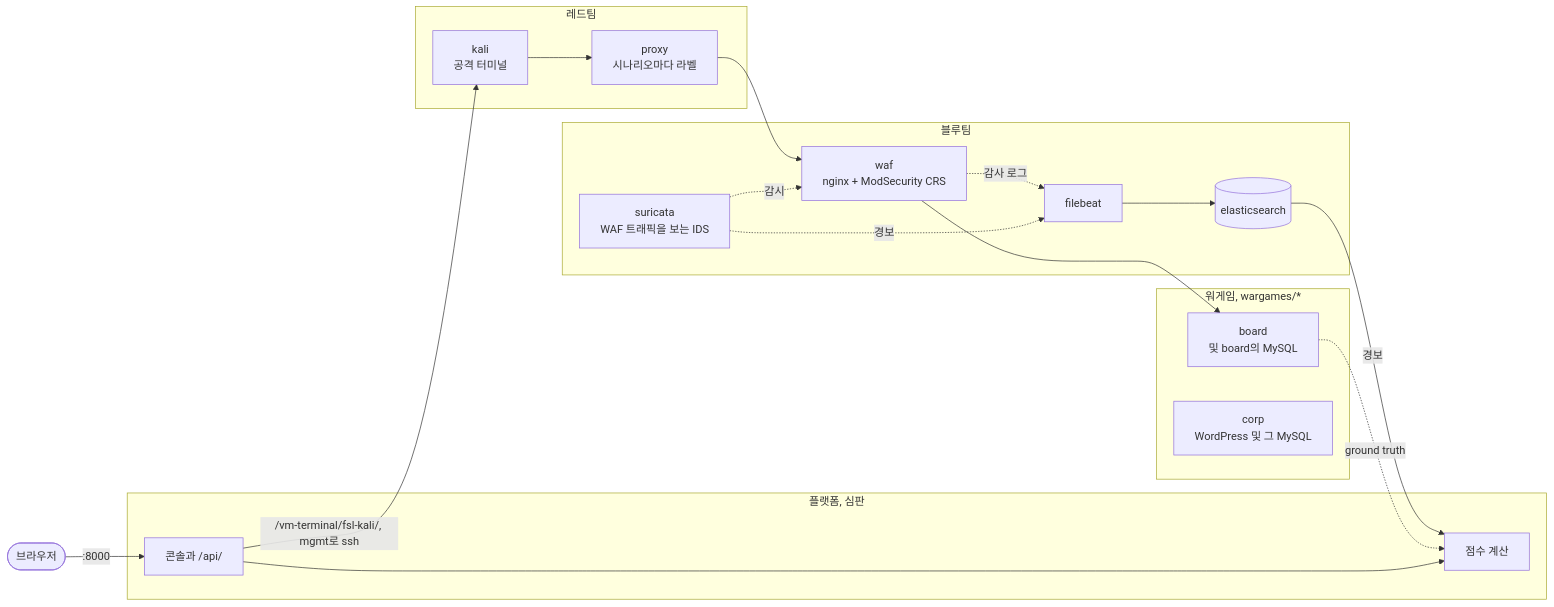
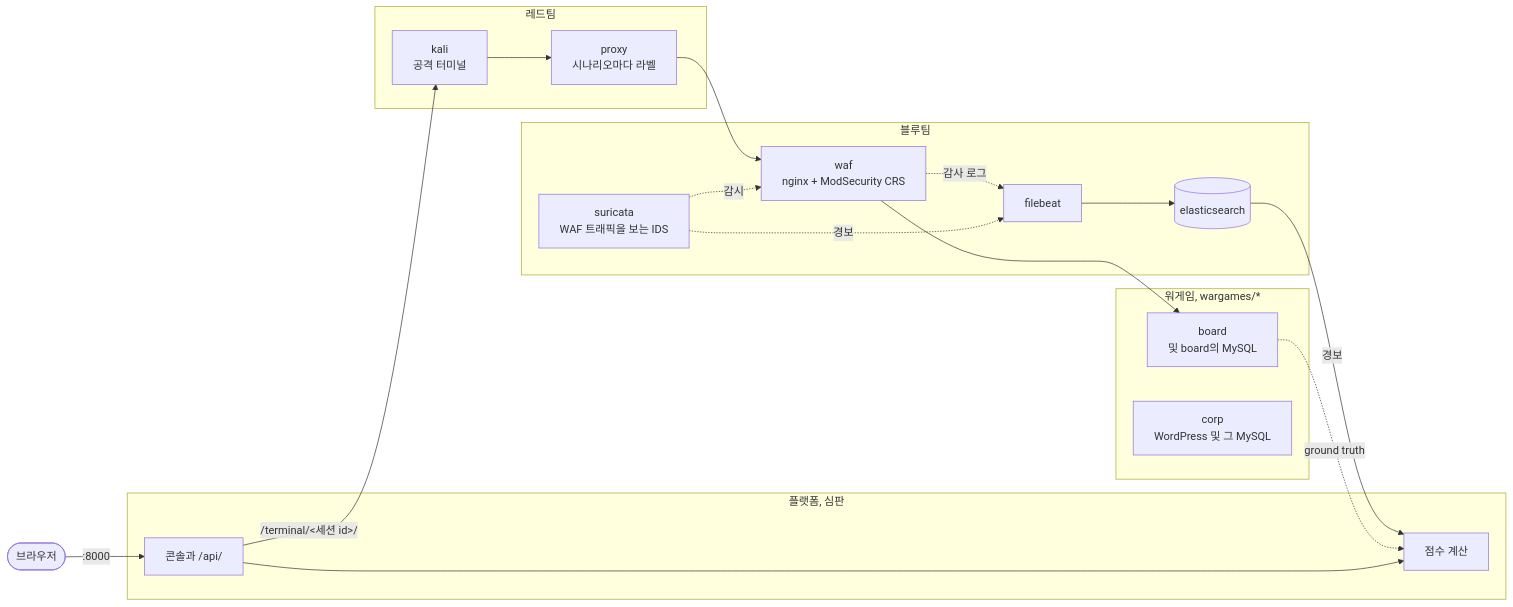
One commit to Nekonic/fsl-project-mvp changed the second of 2 diagrams in README.ko.md. Above: the diagram before and after it, drawn with Mermaid. The commit also changed other lines of this file and 7 other files, not shown here.

````diff
--- a/README.ko.md
+++ b/README.ko.md
@@ -49,39 +49,39 @@
 ```mermaid
 flowchart LR
   person(["브라우저"])
 
   subgraph red["레드팀"]
     kali["kali<br/>공격 터미널"]
     proxy["proxy<br/>시나리오마다 라벨"]
   end
 
   subgraph blue["블루팀"]
     waf["waf<br/>nginx + ModSecurity CRS"]
     suricata["suricata<br/>WAF 트래픽을 보는 IDS"]
     filebeat["filebeat"]
     es[("elasticsearch")]
   end
 
   subgraph wargames["워게임, wargames/*"]
     board["board<br/>및 board의 MySQL"]
     corp["corp<br/>WordPress 및 그 MySQL"]
   end
 
   subgraph platform["플랫폼, 심판"]
     console["콘솔과 /api/"]
     scoring["점수 계산"]
   end
 
   person -->|":8000"| console
-  console -->|"/vm-terminal/fsl-kali/, mgmt로 ssh"| kali
+  console -->|"/terminal/<세션 id>/"| kali
   kali --> proxy
   proxy --> waf
   waf --> board
   suricata -.->|감시| waf
   waf -.->|감사 로그| filebeat
   suricata -.->|경보| filebeat
   filebeat --> es
   es -->|경보| scoring
   board -.->|ground truth| scoring
   console --> scoring
 ```
````
